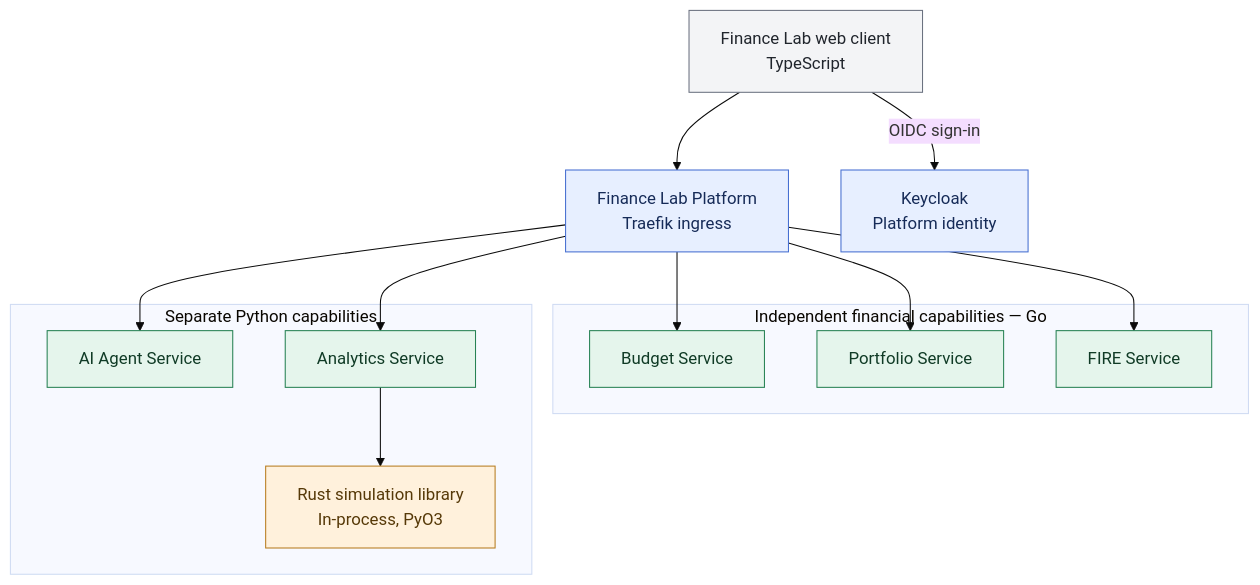
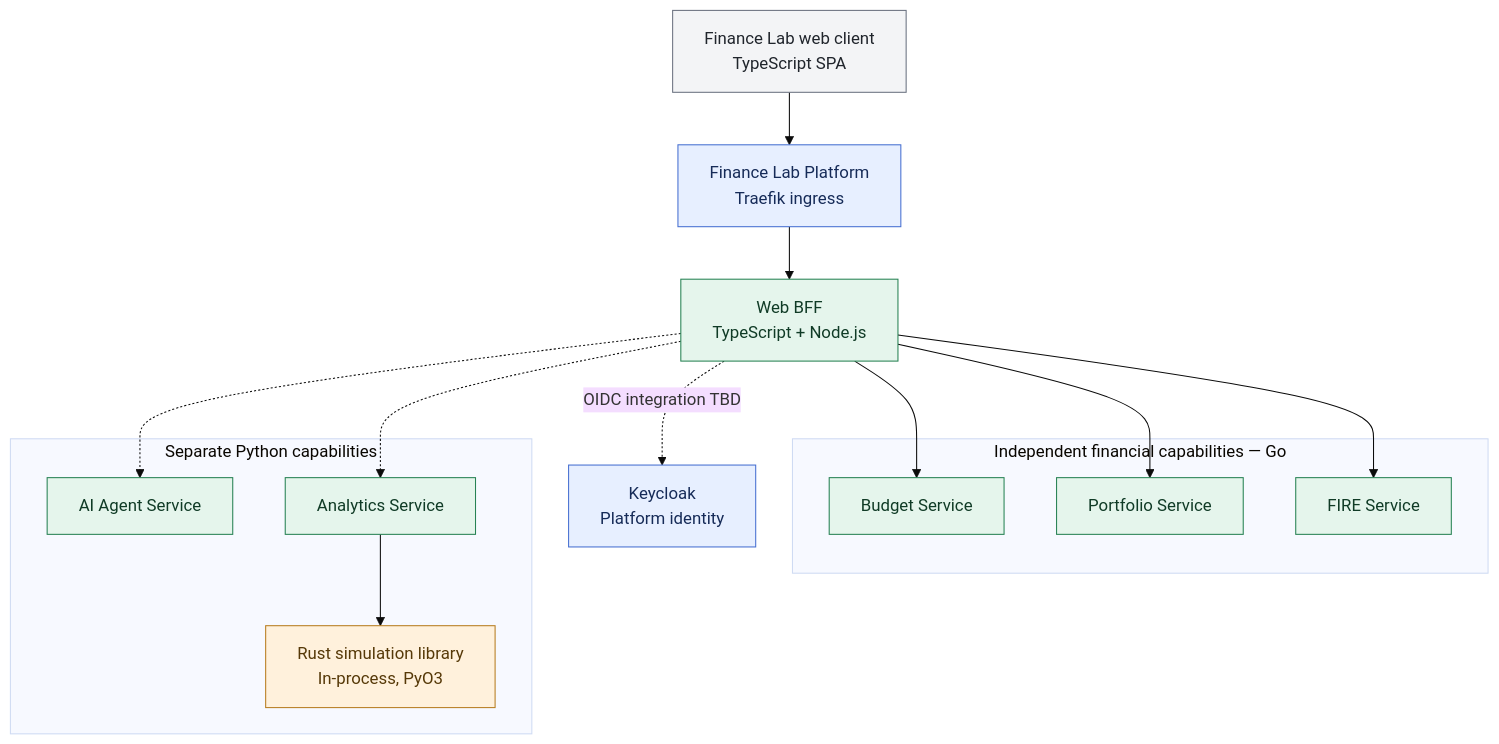
The diagram in docs/architecture/decisions/0004-independent-polyglot-services.md (anton415/finance-lab), drawn with Mermaid (base theme) before and after one commit. The commit also changed other lines of this file and 4 other files, not shown here.

First line of the commit message:
docs(architecture): accept ADR-012 TypeScript Web BFF

````diff
--- a/docs/architecture/decisions/0004-independent-polyglot-services.md
+++ b/docs/architecture/decisions/0004-independent-polyglot-services.md
@@ -31,35 +32,37 @@
 ```mermaid
 flowchart TD
-    WEB["Finance Lab web client<br/>TypeScript"]
+    WEB["Finance Lab web client<br/>TypeScript SPA"]
     G["Finance Lab Platform<br/>Traefik ingress"]
+    BFF["Web BFF<br/>TypeScript + Node.js"]
 
     subgraph DOMAIN["Independent financial capabilities — Go"]
         B["Budget Service"]
         P["Portfolio Service"]
         F["FIRE Service"]
     end
     subgraph PYTHON["Separate Python capabilities"]
         A["AI Agent Service"]
         ANALYTICS["Analytics Service"]
         RUST["Rust simulation library<br/>In-process, PyO3"]
         ANALYTICS --> RUST
     end
     IDP["Keycloak<br/>Platform identity"]
 
     WEB --> G
-    G --> B
-    G --> P
-    G --> F
-    G --> A
-    G --> ANALYTICS
-    WEB -->|"OIDC sign-in"| IDP
+    G --> BFF
+    BFF --> B
+    BFF --> P
+    BFF --> F
+    BFF -.-> A
+    BFF -.-> ANALYTICS
+    BFF -.->|"OIDC integration TBD"| IDP
 
     classDef client fill:#F3F4F6,stroke:#6B7280,color:#20252C;
     classDef platform fill:#E7EFFF,stroke:#466FD1,color:#162B58;
     classDef service fill:#E5F5EC,stroke:#278254,color:#103B26;
     classDef native fill:#FFF1DC,stroke:#B77D20,color:#563908;
     class WEB client;
     class G,IDP platform;
-    class B,P,F,A,ANALYTICS service;
+    class BFF,B,P,F,A,ANALYTICS service;
     class RUST native;
 ```
````
